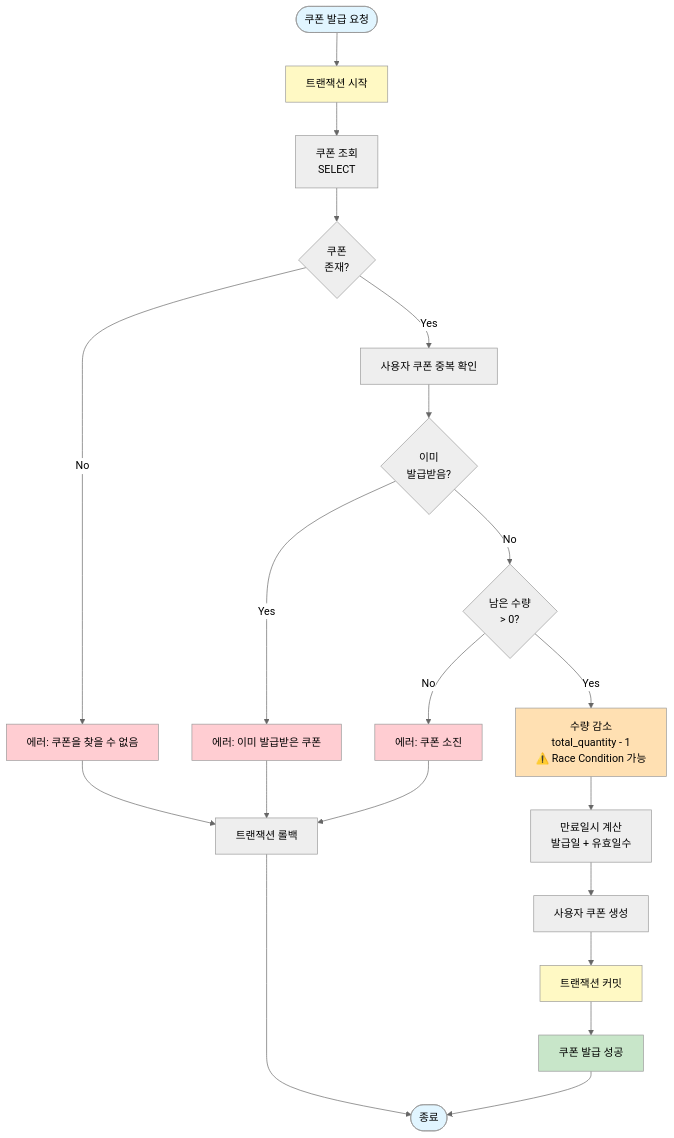
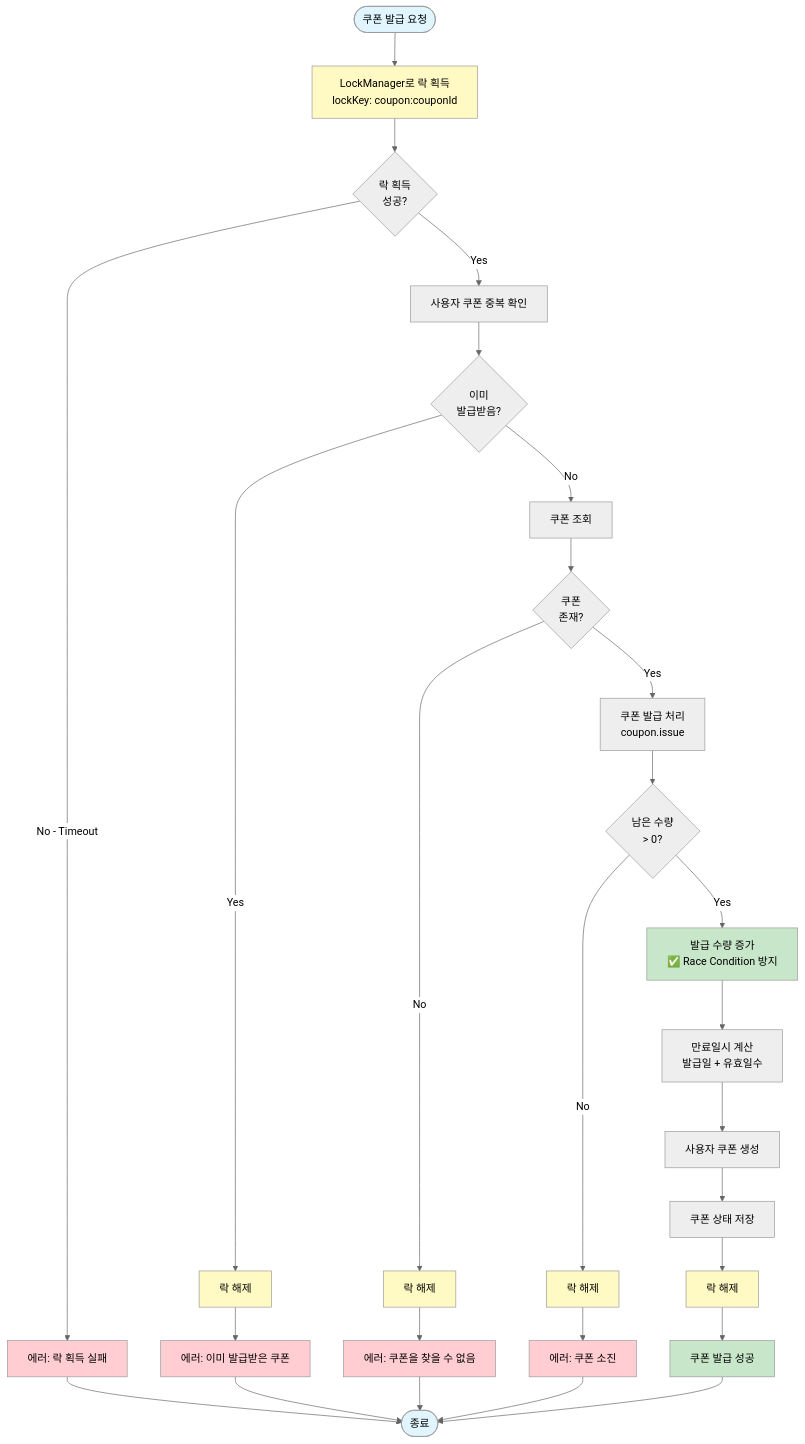
The third of 7 diagrams in README.md (keepConcentration/ecommerce), drawn with Mermaid (neutral theme) before and after one commit. The commit also changed other lines of this file, not shown here.

Commit message:
docs: 플로우차트, 시퀀스 다이어그램 업데이트

````diff
--- a/README.md
+++ b/README.md
@@ -164,39 +169,50 @@
 ```mermaid
 flowchart TD
-    Start([쿠폰 발급 요청]) --> BeginTx[트랜잭션 시작]
-    BeginTx --> QueryCoupon[쿠폰 조회<br/>SELECT]
+    Start([쿠폰 발급 요청]) --> AcquireLock[LockManager로 락 획득<br/>lockKey: coupon:couponId]
+    AcquireLock --> LockAcquired{락 획득<br/>성공?}
+    LockAcquired -->|No - Timeout| ErrorTimeout[에러: 락 획득 실패]
 
+    LockAcquired -->|Yes| CheckDuplicate[사용자 쿠폰 중복 확인]
+    CheckDuplicate --> IsDuplicate{이미<br/>발급받음?}
+    IsDuplicate -->|Yes| ReleaseLock1[락 해제]
+    ReleaseLock1 --> ErrorDuplicate[에러: 이미 발급받은 쿠폰]
+
+    IsDuplicate -->|No| QueryCoupon[쿠폰 조회]
     QueryCoupon --> CheckExists{쿠폰<br/>존재?}
-    CheckExists -->|No| ErrorNotFound[에러: 쿠폰을 찾을 수 없음]
+    CheckExists -->|No| ReleaseLock2[락 해제]
+    ReleaseLock2 --> ErrorNotFound[에러: 쿠폰을 찾을 수 없음]
 
-    CheckExists -->|Yes| CheckDuplicate[사용자 쿠폰 중복 확인]
-    CheckDuplicate --> IsDuplicate{이미<br/>발급받음?}
-    IsDuplicate -->|Yes| ErrorDuplicate[에러: 이미 발급받은 쿠폰]
+    CheckExists -->|Yes| IssueCoupon[쿠폰 발급 처리<br/>coupon.issue]
+    IssueCoupon --> CheckQuantity{남은 수량<br/>> 0?}
+    CheckQuantity -->|No| ReleaseLock3[락 해제]
+    ReleaseLock3 --> ErrorSoldOut[에러: 쿠폰 소진]
 
-    IsDuplicate -->|No| CheckQuantity{남은 수량<br/>> 0?}
-    CheckQuantity -->|No| ErrorSoldOut[에러: 쿠폰 소진]
-
-    CheckQuantity -->|Yes| DecreaseQty[수량 감소<br/>total_quantity - 1<br/>⚠️ Race Condition 가능]
+    CheckQuantity -->|Yes| DecreaseQty[발급 수량 증가<br/>✅ Race Condition 방지]
     DecreaseQty --> CalcExpiry[만료일시 계산<br/>발급일 + 유효일수]
 
     CalcExpiry --> CreateUserCoupon[사용자 쿠폰 생성]
-    CreateUserCoupon --> CommitTx[트랜잭션 커밋]
+    CreateUserCoupon --> SaveCoupon[쿠폰 상태 저장]
 
-    CommitTx --> Success[쿠폰 발급 성공]
+    SaveCoupon --> ReleaseLock4[락 해제]
+    ReleaseLock4 --> Success[쿠폰 발급 성공]
     Success --> End([종료])
 
-    ErrorNotFound --> RollbackTx[트랜잭션 롤백]
-    ErrorDuplicate --> RollbackTx
-    ErrorSoldOut --> RollbackTx
-    RollbackTx --> End
+    ErrorTimeout --> End
+    ErrorNotFound --> End
+    ErrorDuplicate --> End
+    ErrorSoldOut --> End
 
     style Start fill:#e1f5ff
     style Success fill:#c8e6c9
     style End fill:#e1f5ff
+    style ErrorTimeout fill:#ffcdd2
     style ErrorNotFound fill:#ffcdd2
     style ErrorDuplicate fill:#ffcdd2
     style ErrorSoldOut fill:#ffcdd2
-    style DecreaseQty fill:#ffe0b2
-    style BeginTx fill:#fff9c4
-    style CommitTx fill:#fff9c4
+    style AcquireLock fill:#fff9c4
+    style ReleaseLock1 fill:#fff9c4
+    style ReleaseLock2 fill:#fff9c4
+    style ReleaseLock3 fill:#fff9c4
+    style ReleaseLock4 fill:#fff9c4
+    style DecreaseQty fill:#c8e6c9
 ```
````
